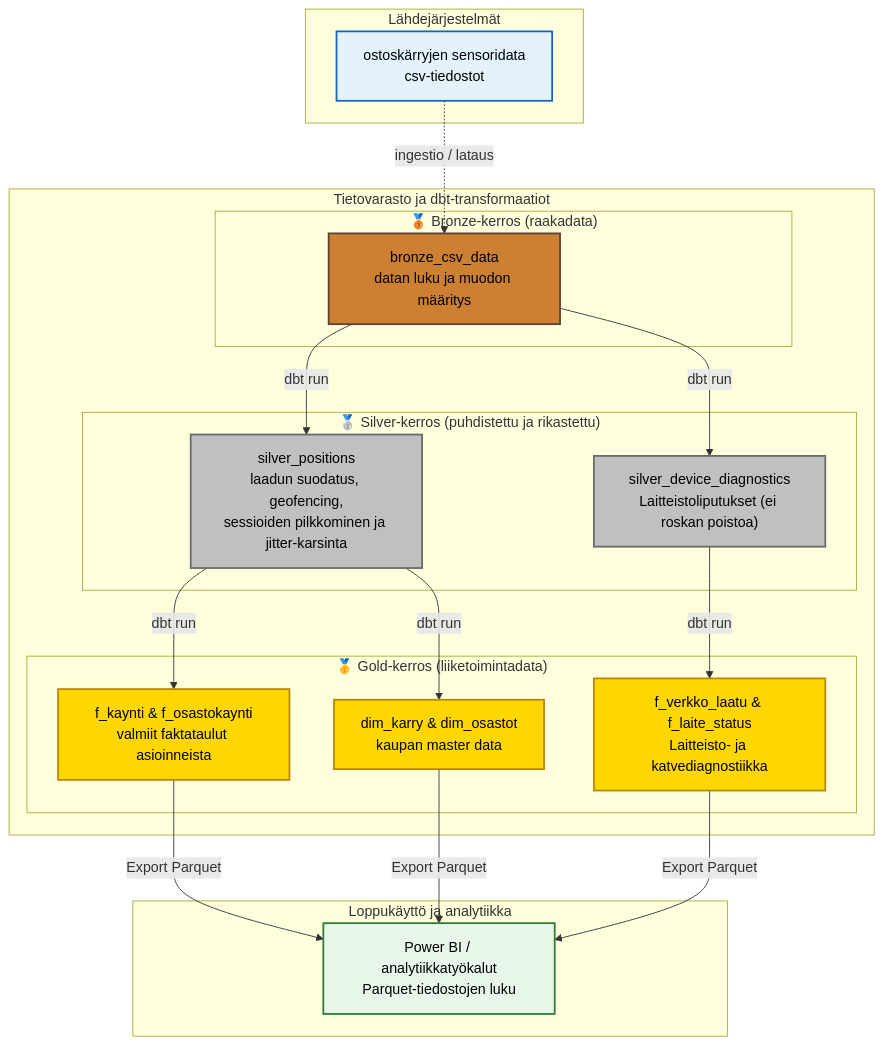
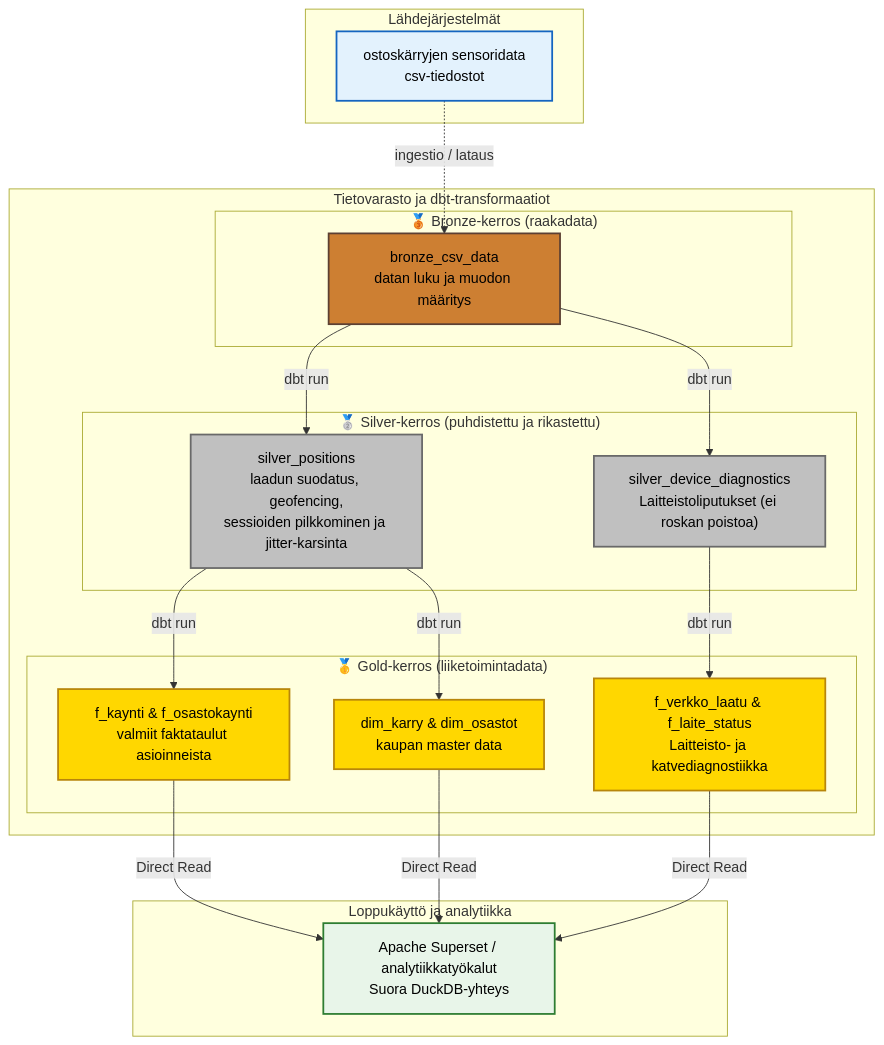
One commit to mitro54/uwb-shopping-cart-analytics-pipeline changed the diagram in docs/arkkitehtuuri_kaavio.md. Above: the diagram before and after it, drawn with Mermaid. The commit also changed other lines of this file and 12 other files, not shown here.

````diff
--- a/docs/arkkitehtuuri_kaavio.md
+++ b/docs/arkkitehtuuri_kaavio.md
@@ -5,51 +5,51 @@
 ```mermaid
 graph TD
     classDef source fill:#e3f2fd,stroke:#1565c0,stroke-width:2px,color:black;
     classDef bronze fill:#cd7f32,stroke:#5c4033,stroke-width:2px,color:black;
     classDef silver fill:#c0c0c0,stroke:#696969,stroke-width:2px,color:black;
     classDef gold fill:#ffd700,stroke:#b8860b,stroke-width:2px,color:black;
     classDef bi fill:#e8f5e9,stroke:#2e7d32,stroke-width:2px,color:black;
 
     %% Lähdejärjestelmät
     subgraph Data_Sources["Lähdejärjestelmät"]
         CSV["<span style='color:#000 !important'>ostoskärryjen sensoridata<br>csv-tiedostot</span>"]:::source
     end
 
     %% Data Warehouse / dbt prosessointi
     subgraph DWH["Tietovarasto ja dbt-transformaatiot"]
         
         %% Bronze
         subgraph Bronze["🥉 Bronze-kerros (raakadata)"]
             stg["<span style='color:#000 !important'>bronze_csv_data<br>datan luku ja muodon määritys</span>"]:::bronze
         end
         
         %% Silver
         subgraph Silver["🥈 Silver-kerros (puhdistettu ja rikastettu)"]
             silv["<span style='color:#000 !important'>silver_positions<br>laadun suodatus, geofencing,<br>sessioiden pilkkominen ja jitter-karsinta</span>"]:::silver
             silv_diag["<span style='color:#000 !important'>silver_device_diagnostics<br>Laitteistoliputukset (ei roskan poistoa)</span>"]:::silver
         end
         
         %% Gold
         subgraph Gold["🥇 Gold-kerros (liiketoimintadata)"]
             gold_f["<span style='color:#000 !important'>f_kaynti & f_osastokaynti<br>valmiit faktataulut asioinneista</span>"]:::gold
             gold_d["<span style='color:#000 !important'>dim_karry & dim_osastot<br>kaupan master data</span>"]:::gold
             gold_iot["<span style='color:#000 !important'>f_verkko_laatu & f_laite_status<br>Laitteisto- ja katvediagnostiikka</span>"]:::gold
         end
 
         stg -->|dbt run| silv
         stg -->|dbt run| silv_diag
         silv -->|dbt run| gold_f
         silv -->|dbt run| gold_d
         silv_diag -->|dbt run| gold_iot
     end
 
     %% Raportointi ja Analyysi
     subgraph Analytics["Loppukäyttö ja analytiikka"]
-        BI["<span style='color:#000 !important'>Power BI / analytiikkatyökalut<br>Parquet-tiedostojen luku</span>"]:::bi
+        BI["<span style='color:#000 !important'>Apache Superset / analytiikkatyökalut<br>Suora DuckDB-yhteys</span>"]:::bi
     end
 
     CSV -.->|ingestio / lataus| stg
-    gold_f -->|Export Parquet| BI
-    gold_d -->|Export Parquet| BI
-    gold_iot -->|Export Parquet| BI
+    gold_f -->|Direct Read| BI
+    gold_d -->|Direct Read| BI
+    gold_iot -->|Direct Read| BI
 ```
````
